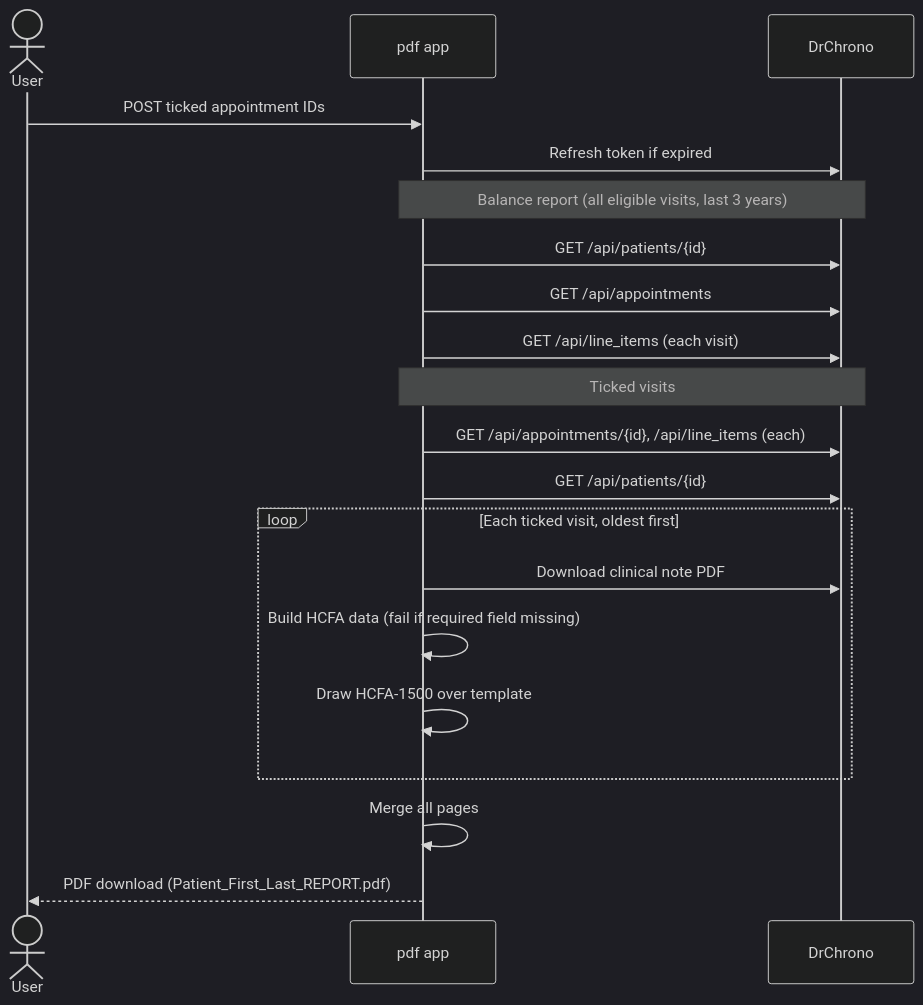
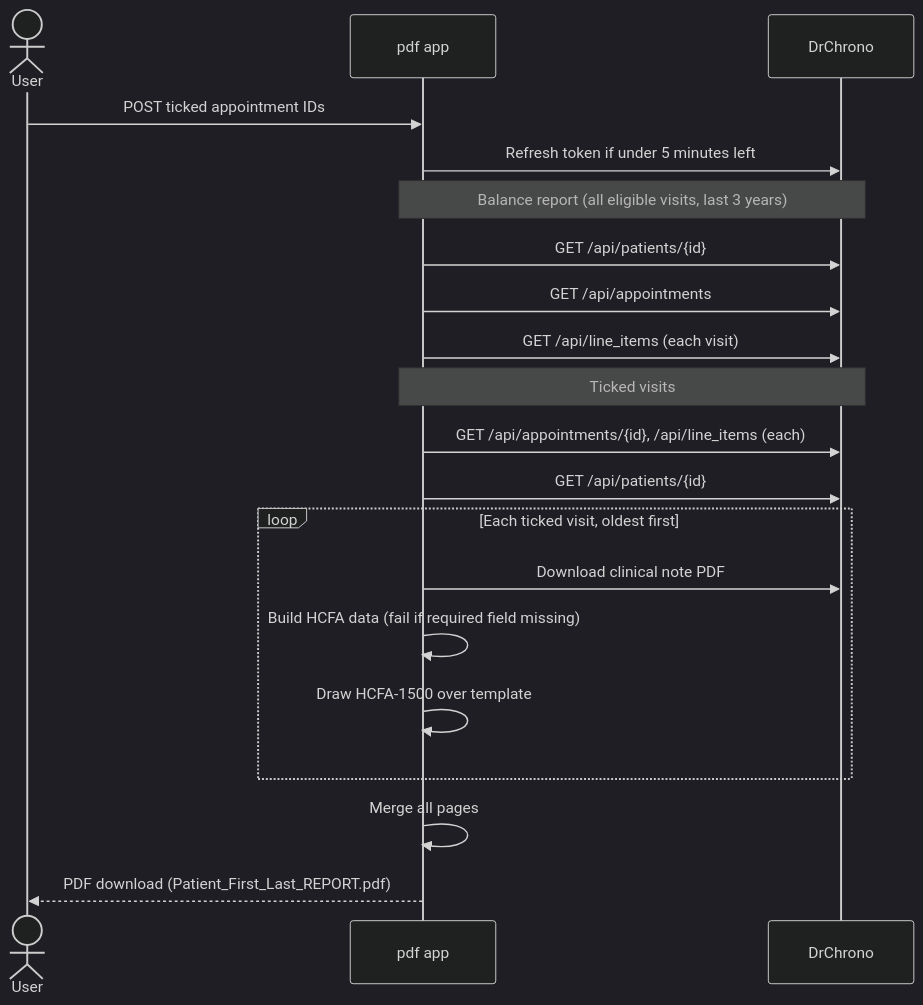
Before and after one commit to Pirateqeq/DrChrono_PDF_Compiler: the second of 2 diagrams in SYSTEM_MAP.md, drawn with Mermaid (dark theme). The commit also changed other lines of this file and 3 other files, not shown here.

````diff
--- a/SYSTEM_MAP.md
+++ b/SYSTEM_MAP.md
@@ -61,23 +61,23 @@
 ```mermaid
 sequenceDiagram
     actor User
     participant PDF as pdf app
     participant DC as DrChrono
 
     User->>PDF: POST ticked appointment IDs
-    PDF->>DC: Refresh token if expired
+    PDF->>DC: Refresh token if under 5 minutes left
     Note over PDF,DC: Balance report (all eligible visits, last 3 years)
     PDF->>DC: GET /api/patients/{id}
     PDF->>DC: GET /api/appointments
     PDF->>DC: GET /api/line_items (each visit)
     Note over PDF,DC: Ticked visits
     PDF->>DC: GET /api/appointments/{id}, /api/line_items (each)
     PDF->>DC: GET /api/patients/{id}
     loop Each ticked visit, oldest first
         PDF->>DC: Download clinical note PDF
         PDF->>PDF: Build HCFA data (fail if required field missing)
         PDF->>PDF: Draw HCFA-1500 over template
     end
     PDF->>PDF: Merge all pages
     PDF-->>User: PDF download (Patient_First_Last_REPORT.pdf)
 ```
````
